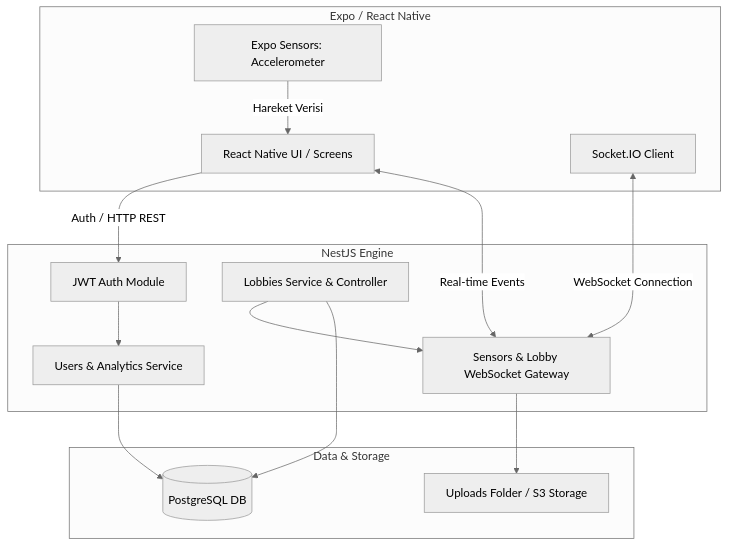
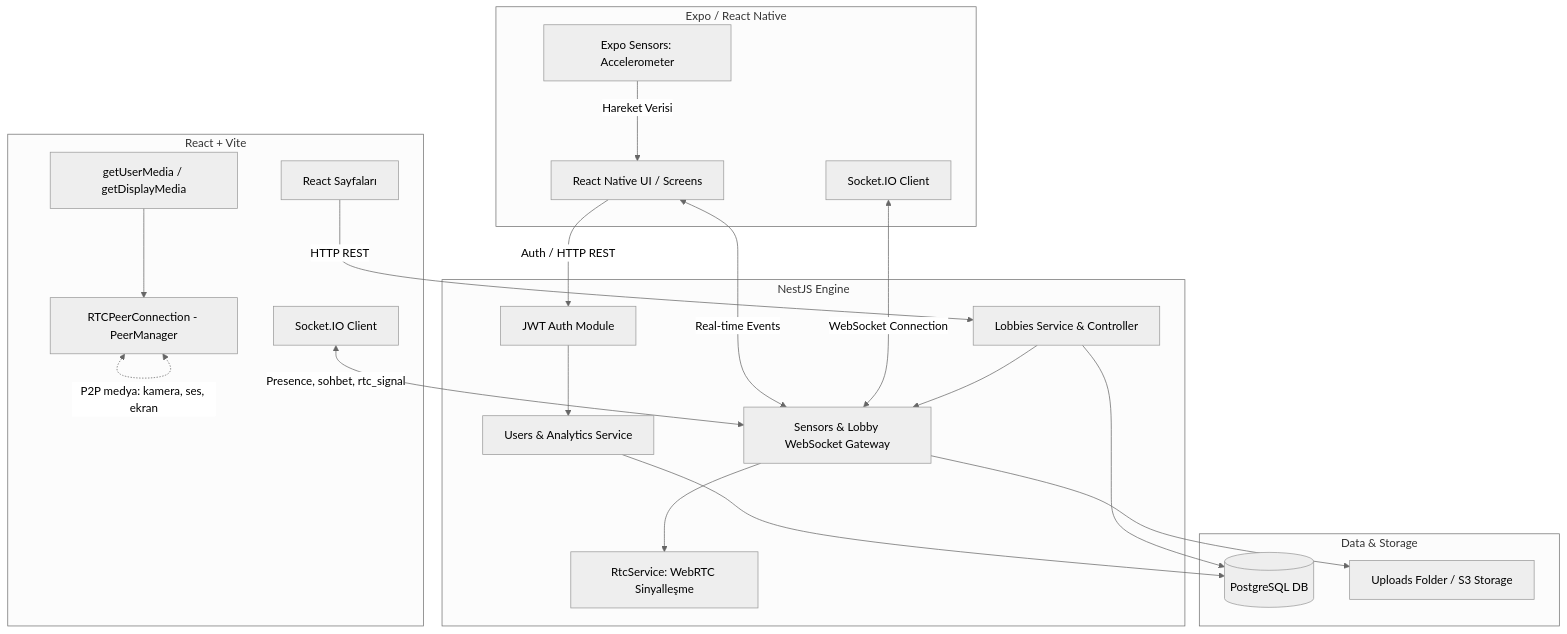
One commit to enesilbay/StudyLounge changed the first of 3 diagrams in README.md. Above: the diagram before and after it, drawn with Mermaid (neutral theme). The commit also changed other lines of this file and 1 other file, not shown here.

First line of the commit message:
docs: web 2.0 icin README ve ROADMAP guncellemesi

````diff
--- a/README.md
+++ b/README.md
@@ -45,31 +64,45 @@
 ```mermaid
 graph TD
     subgraph Mobile Client [Expo / React Native]
         Sensors[Expo Sensors: Accelerometer]
         UI[React Native UI / Screens]
         SocketClient[Socket.IO Client]
     end
 
+    subgraph Web Client [React + Vite]
+        WebUI[React Sayfaları]
+        Media[getUserMedia / getDisplayMedia]
+        Peer[RTCPeerConnection - PeerManager]
+        WebSocket[Socket.IO Client]
+    end
+
     subgraph Backend Core [NestJS Engine]
         Gateway[Sensors & Lobby WebSocket Gateway]
+        Rtc[RtcService: WebRTC Sinyalleşme]
         AuthModule[JWT Auth Module]
         LobbyModule[Lobbies Service & Controller]
         UserModule[Users & Analytics Service]
     end
 
     subgraph Data & Storage
         Postgres[(PostgreSQL DB)]
         StaticStorage[Uploads Folder / S3 Storage]
     end
 
     Sensors -->|Hareket Verisi| UI
     UI -->|Auth / HTTP REST| AuthModule
     UI <-->|Real-time Events| Gateway
     SocketClient <-->|WebSocket Connection| Gateway
 
+    WebUI -->|HTTP REST| LobbyModule
+    WebSocket <-->|Presence, sohbet, rtc_signal| Gateway
+    Gateway --> Rtc
+    Media --> Peer
+    Peer <-.->|P2P medya: kamera, ses, ekran| Peer
+
     AuthModule --> UserModule
     LobbyModule --> Gateway
     UserModule --> Postgres
     LobbyModule --> Postgres
     Gateway --> StaticStorage
 ```
````
